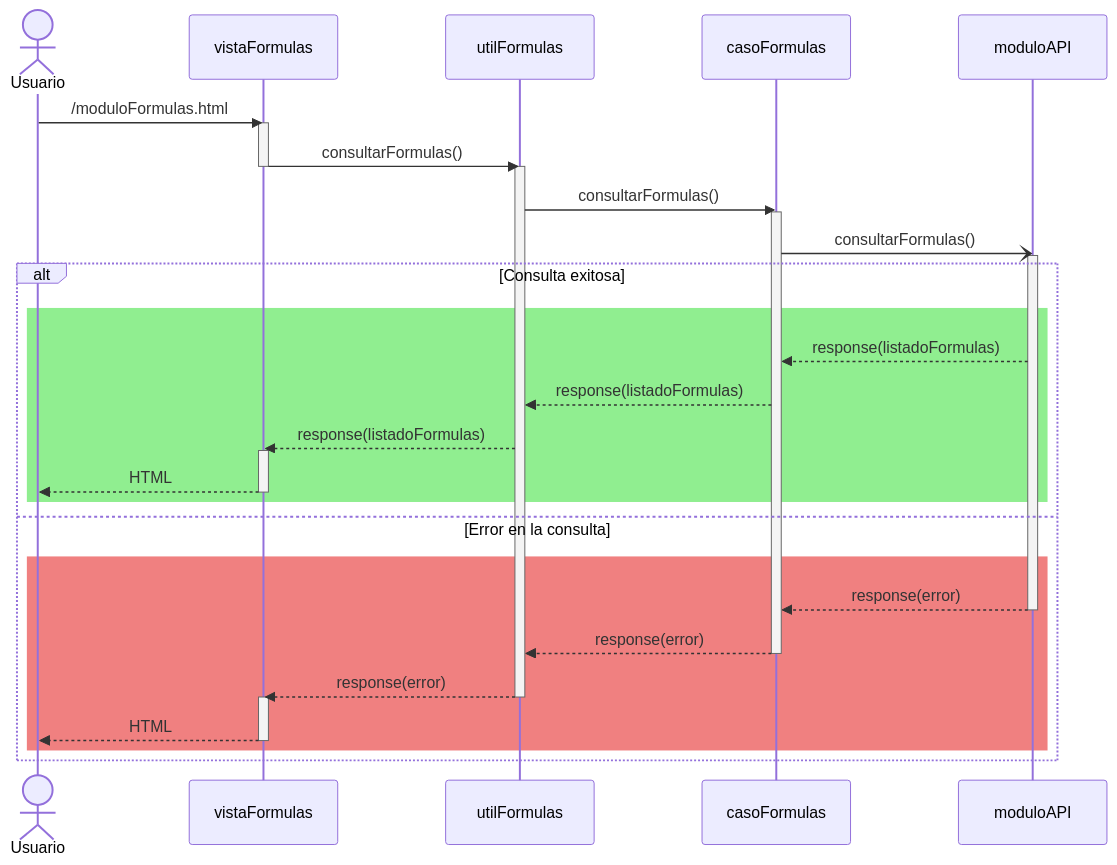
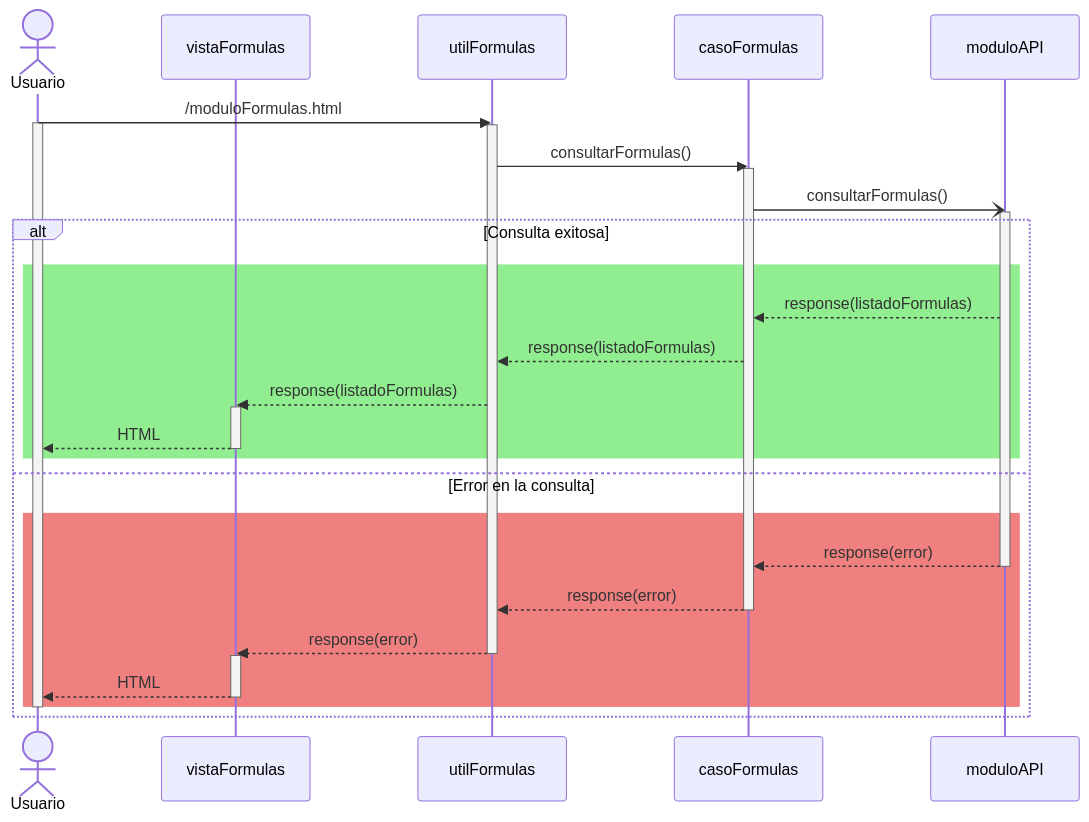
The first of 2 diagrams in documentation/docs/proyectos/tractores/documentacion/requisitos/RF76.md (CodeAnd-Co/Documentacion), drawn with Mermaid before and after one commit. The commit also changed other lines of this file, not shown here.

Commit message:
Corregir diagrama de Backend en RF76

````diff
--- a/documentation/docs/proyectos/tractores/documentacion/requisitos/RF76.md
+++ b/documentation/docs/proyectos/tractores/documentacion/requisitos/RF76.md
@@ -26,42 +26,41 @@
 ```mermaid
 sequenceDiagram
     actor Usuario
     participant vistaFormulas
     participant utilFormulas
     participant casoFormulas
     participant moduloAPI
 
     %% Consulta de fórmulas
-    Usuario ->> vistaFormulas: /moduloFormulas.html
-    activate vistaFormulas
-    vistaFormulas ->> utilFormulas: consultarFormulas()
-    deactivate vistaFormulas
+    Usuario ->> utilFormulas: /moduloFormulas.html
+    activate Usuario
     activate utilFormulas
     utilFormulas ->> casoFormulas: consultarFormulas()
     activate casoFormulas
     casoFormulas -) moduloAPI: consultarFormulas()
     activate moduloAPI
     alt Consulta exitosa
         rect Lightgreen
         moduloAPI -->> casoFormulas: response(listadoFormulas)
         casoFormulas -->> utilFormulas: response(listadoFormulas)
         utilFormulas -->> vistaFormulas: response(listadoFormulas)
         activate vistaFormulas
         vistaFormulas -->> Usuario: HTML
         deactivate vistaFormulas
         end
     else Error en la consulta
         rect Lightcoral
         moduloAPI -->> casoFormulas: response(error)
         deactivate moduloAPI
         casoFormulas -->> utilFormulas: response(error)
         deactivate casoFormulas
         utilFormulas -->> vistaFormulas: response(error)
         deactivate utilFormulas
         activate vistaFormulas
         vistaFormulas -->> Usuario: HTML
         deactivate vistaFormulas
         end
+    deactivate Usuario
     end
 
 ```
````
